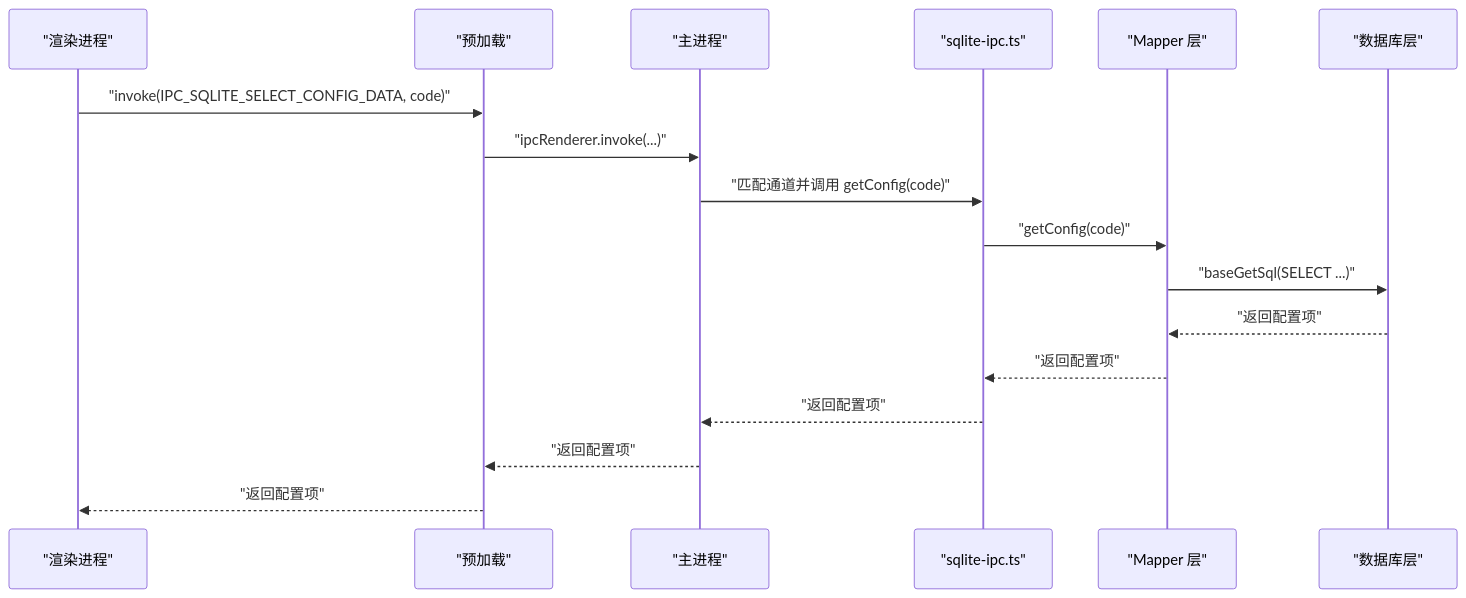
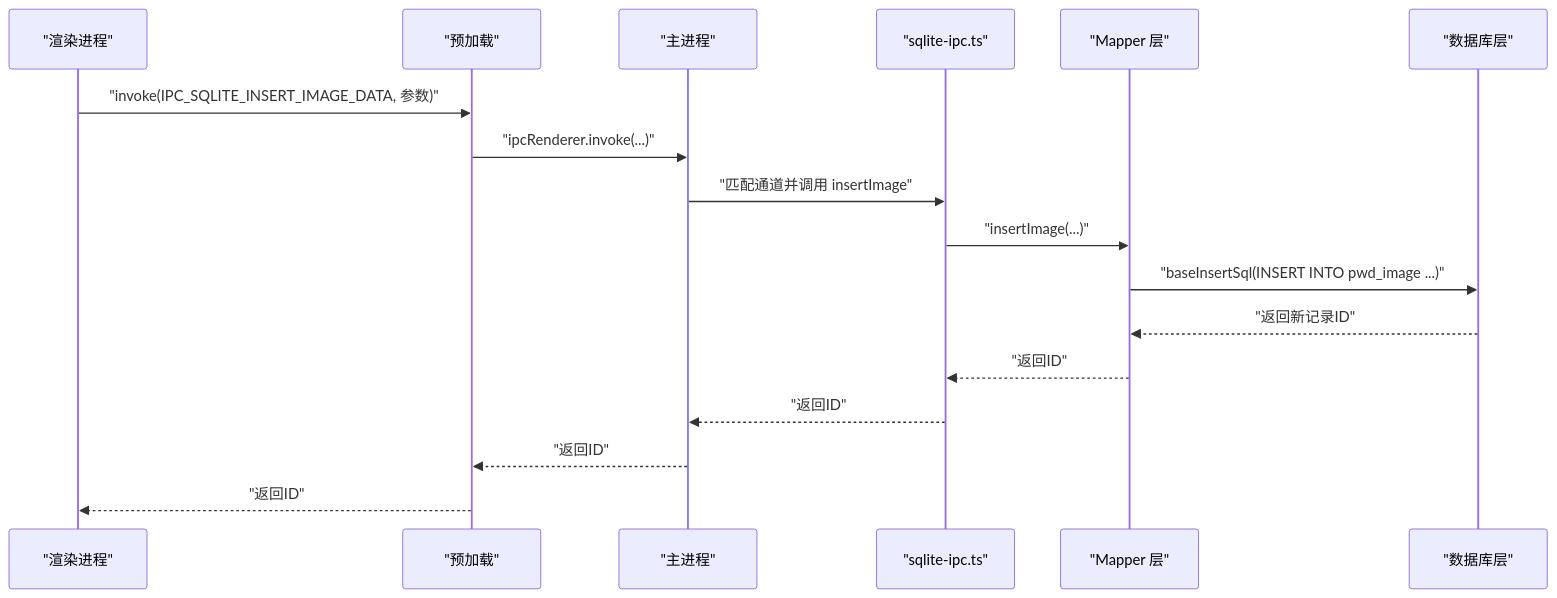
Before and after one commit to scgithub3220216/password-manager: the fifth of 9 diagrams in .qoder/repowiki/zh/content/架构设计/IPC通信机制.md, drawn with Mermaid. The commit also changed other lines of this file and 9 other files, not shown here.

First line of the commit message:
feat(sync): 新增图像数据同步支持

````diff
--- a/.qoder/repowiki/zh/content/架构设计/IPC通信机制.md
+++ b/.qoder/repowiki/zh/content/架构设计/IPC通信机制.md
@@ -207,19 +224,19 @@
 ```mermaid
 sequenceDiagram
 participant Renderer as "渲染进程"
 participant Preload as "预加载"
 participant Main as "主进程"
 participant SQLiteIPC as "sqlite-ipc.ts"
 participant Mapper as "Mapper 层"
 participant DB as "数据库层"
-Renderer->>Preload : "invoke(IPC_SQLITE_SELECT_CONFIG_DATA, code)"
+Renderer->>Preload : "invoke(IPC_SQLITE_INSERT_IMAGE_DATA, 参数)"
 Preload->>Main : "ipcRenderer.invoke(...)"
-Main->>SQLiteIPC : "匹配通道并调用 getConfig(code)"
-SQLiteIPC->>Mapper : "getConfig(code)"
-Mapper->>DB : "baseGetSql(SELECT ...)"
-DB-->>Mapper : "返回配置项"
-Mapper-->>SQLiteIPC : "返回配置项"
-SQLiteIPC-->>Main : "返回配置项"
-Main-->>Preload : "返回配置项"
-Preload-->>Renderer : "返回配置项"
+Main->>SQLiteIPC : "匹配通道并调用 insertImage"
+SQLiteIPC->>Mapper : "insertImage(...)"
+Mapper->>DB : "baseInsertSql(INSERT INTO pwd_image ...)"
+DB-->>Mapper : "返回新记录ID"
+Mapper-->>SQLiteIPC : "返回ID"
+SQLiteIPC-->>Main : "返回ID"
+Main-->>Preload : "返回ID"
+Preload-->>Renderer : "返回ID"
 ```
````
